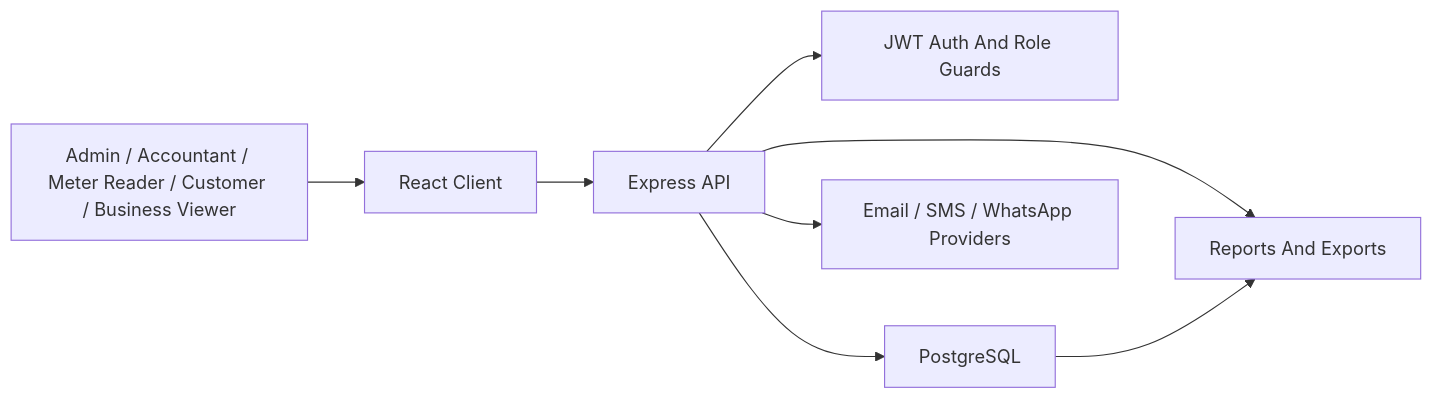
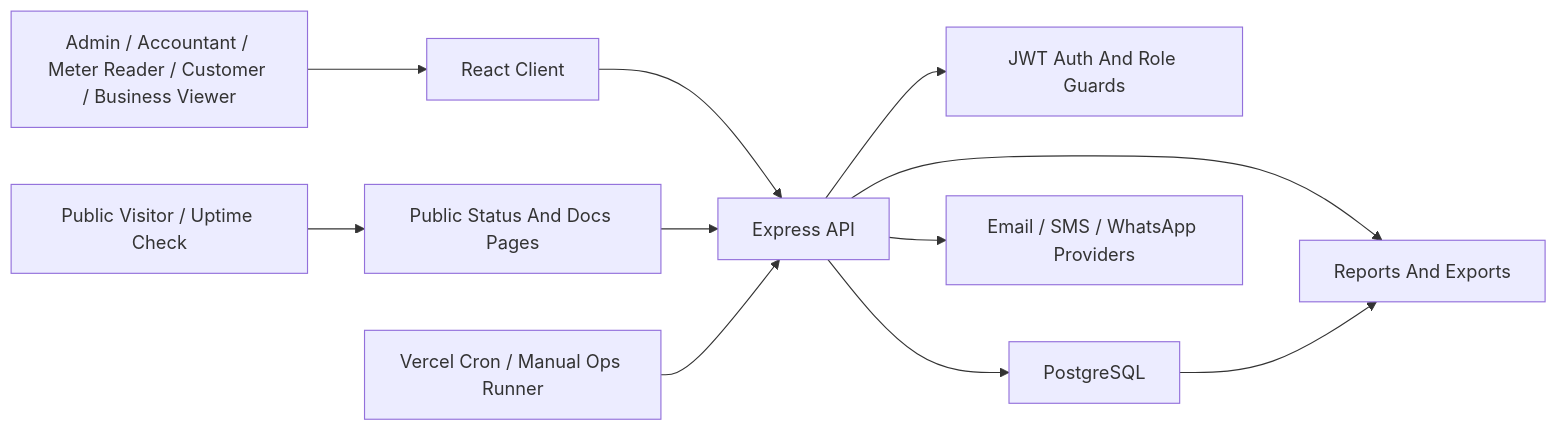
The diagram in docs/01-system-architecture-overview.md (Jaymoh-h/AGUA-GLOBAL), drawn with Mermaid before and after one commit. The commit also changed other lines of this file and 62 other files, not shown here.

````diff
--- a/docs/01-system-architecture-overview.md
+++ b/docs/01-system-architecture-overview.md
@@ -16,10 +16,13 @@
 ```mermaid
 flowchart LR
   User["Admin / Accountant / Meter Reader / Customer / Business Viewer"] --> Client["React Client"]
+  PublicUser["Public Visitor / Uptime Check"] --> PublicPages["Public Status And Docs Pages"]
   Client --> API["Express API"]
+  PublicPages --> API
   API --> Auth["JWT Auth And Role Guards"]
   API --> DB["PostgreSQL"]
   API --> Delivery["Email / SMS / WhatsApp Providers"]
   API --> Reports["Reports And Exports"]
+  Cron["Vercel Cron / Manual Ops Runner"] --> API
   DB --> Reports
 ```
````
